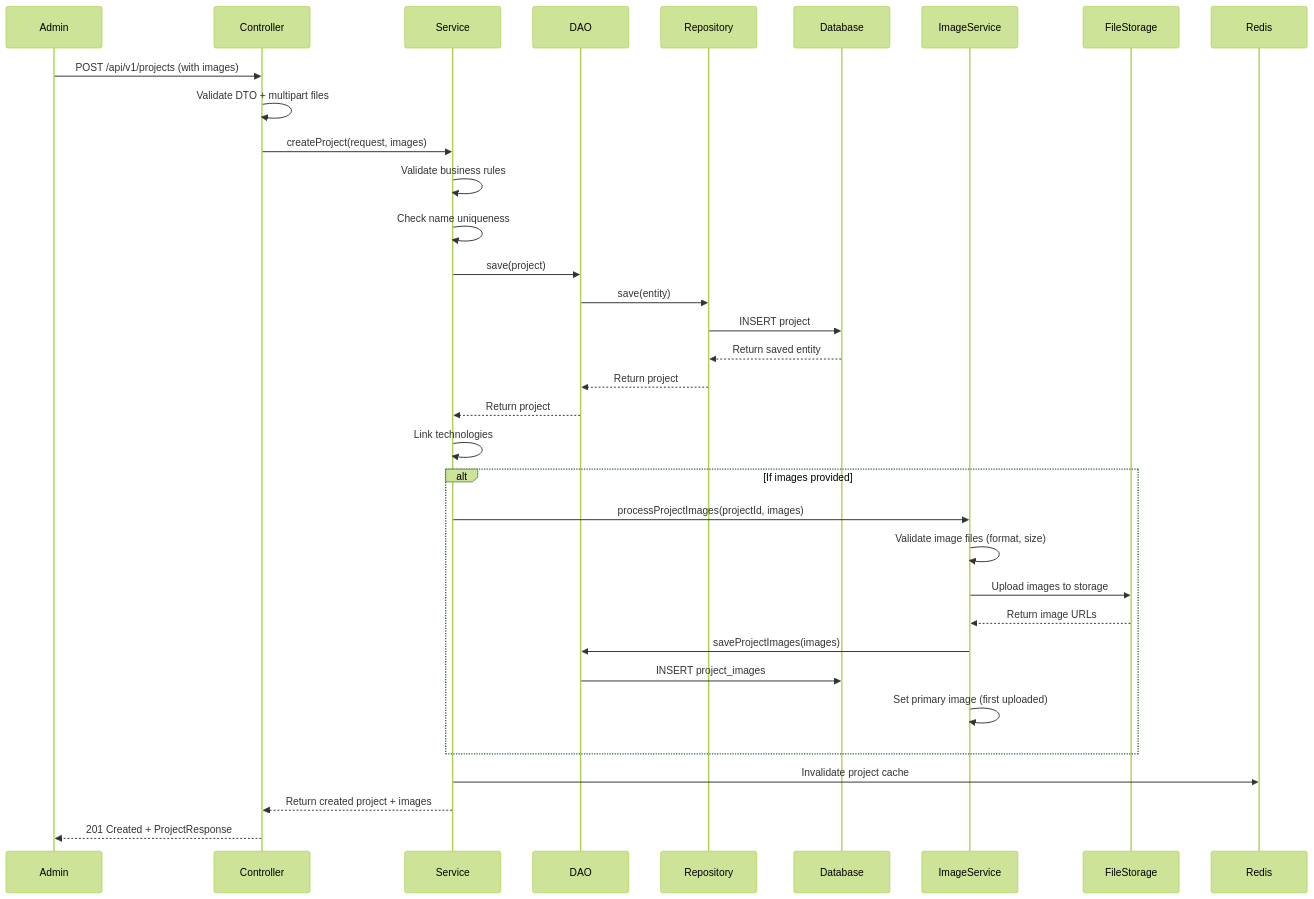
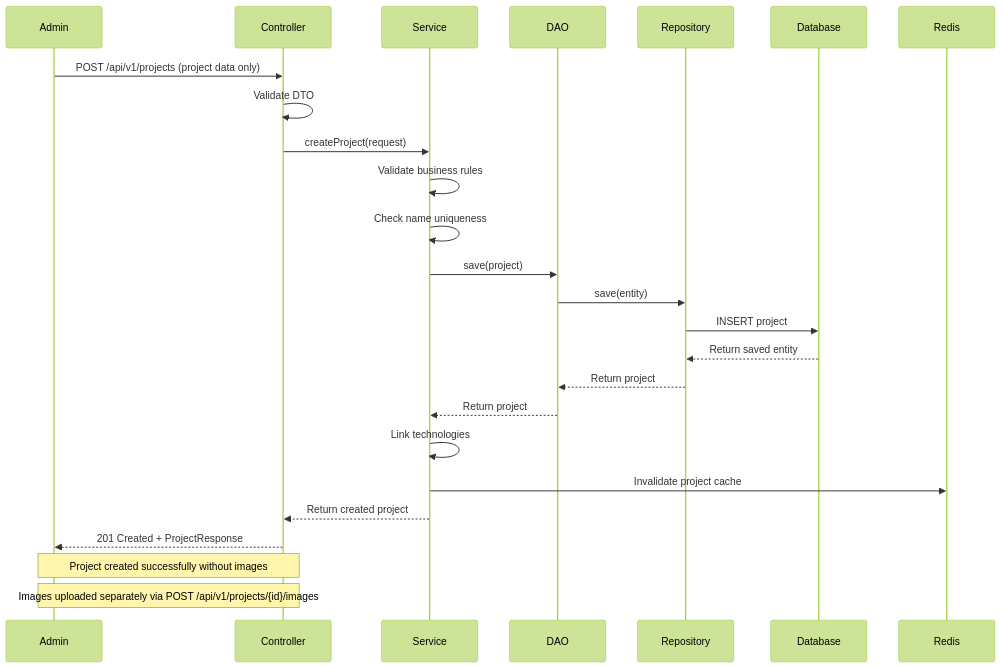
Before and after one commit to caseythecoder90/personal-website-backend: the first of 11 diagrams in docs/architecture/DIAGRAMS.md, drawn with Mermaid (forest theme). The commit also changed other lines of this file and 5 other files, not shown here.

````diff
--- a/docs/architecture/DIAGRAMS.md
+++ b/docs/architecture/DIAGRAMS.md
@@ -7,40 +7,29 @@
 ```mermaid
 sequenceDiagram
     participant A as Admin
     participant C as Controller
     participant S as Service
     participant D as DAO
     participant R as Repository
     participant DB as Database
-    participant IS as ImageService
-    participant FS as FileStorage
     participant Cache as Redis
 
-    A->>C: POST /api/v1/projects (with images)
-    C->>C: Validate DTO + multipart files
-    C->>S: createProject(request, images)
+    A->>C: POST /api/v1/projects (project data only)
+    C->>C: Validate DTO
+    C->>S: createProject(request)
     S->>S: Validate business rules
     S->>S: Check name uniqueness
     S->>D: save(project)
     D->>R: save(entity)
     R->>DB: INSERT project
     DB-->>R: Return saved entity
     R-->>D: Return project
     D-->>S: Return project
+    S->>S: Link technologies
+    S->>Cache: Invalidate project cache
+    S-->>C: Return created project
+    C-->>A: 201 Created + ProjectResponse
     
-    S->>S: Link technologies
-    
-    alt If images provided
-        S->>IS: processProjectImages(projectId, images)
-        IS->>IS: Validate image files (format, size)
-        IS->>FS: Upload images to storage
-        FS-->>IS: Return image URLs
-        IS->>D: saveProjectImages(images)
-        D->>DB: INSERT project_images
-        IS->>IS: Set primary image (first uploaded)
-    end
-    
-    S->>Cache: Invalidate project cache
-    S-->>C: Return created project + images
-    C-->>A: 201 Created + ProjectResponse
+    Note over A,C: Project created successfully without images
+    Note over A,C: Images uploaded separately via POST /api/v1/projects/{id}/images
 ```
````
